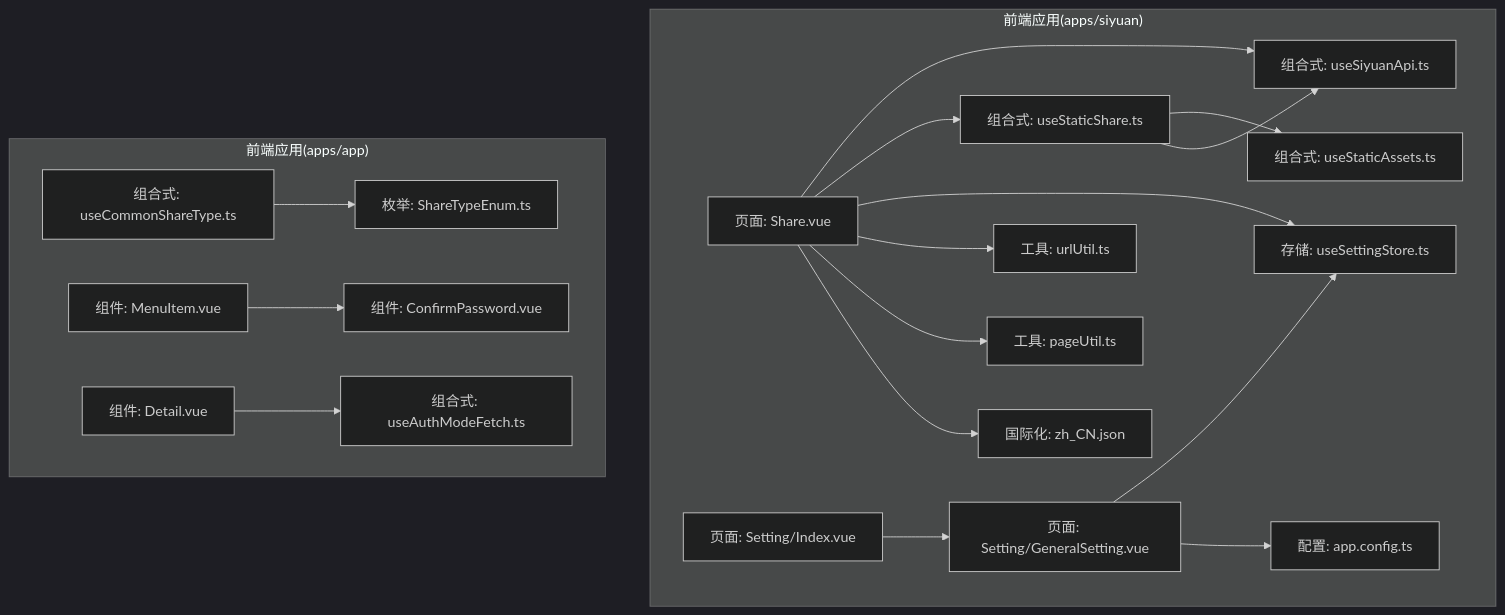
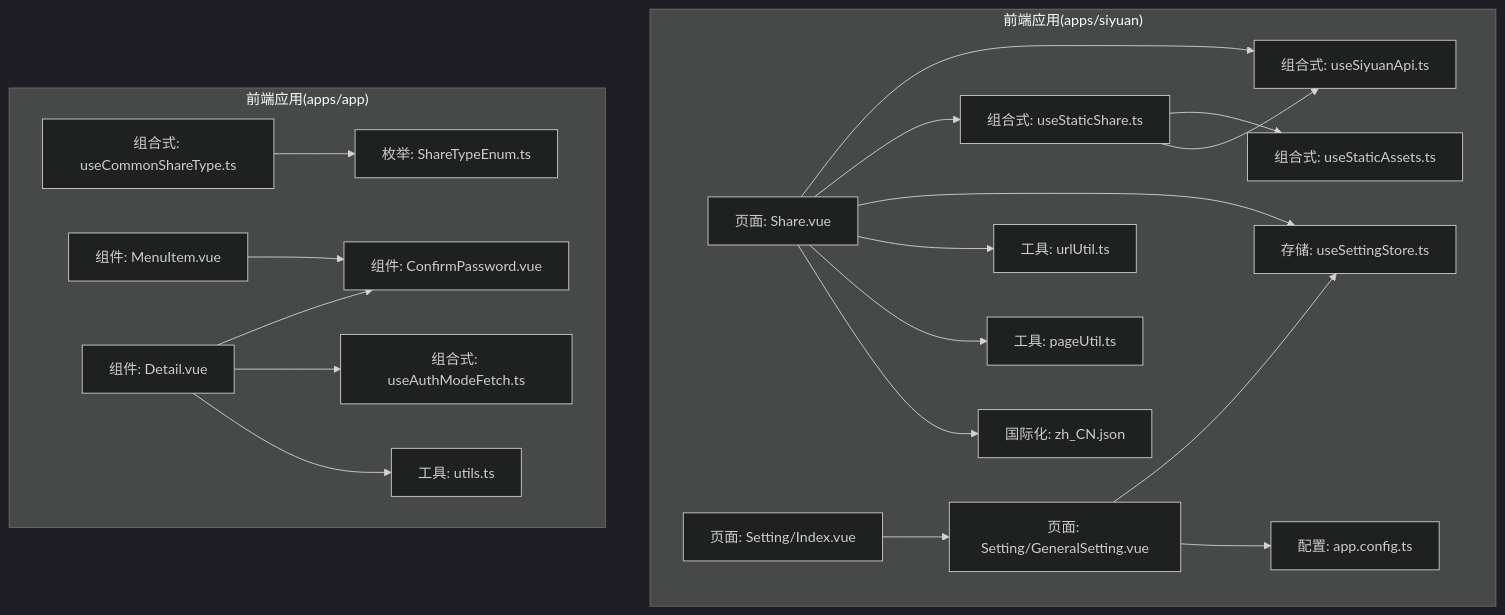
One commit to terwer/siyuan-plugin-blog changed the first of 8 diagrams in .qoder/repowiki/zh/content/核心功能/内容分享系统/内容分享系统.md. Above: the diagram before and after it, drawn with Mermaid (dark theme). The commit also changed other lines of this file and 31 other files, not shown here.

````diff
--- a/.qoder/repowiki/zh/content/核心功能/内容分享系统/内容分享系统.md
+++ b/.qoder/repowiki/zh/content/核心功能/内容分享系统/内容分享系统.md
@@ -51,38 +53,41 @@
 ```mermaid
 graph TB
 subgraph "前端应用(apps/siyuan)"
 SharePage["页面: Share.vue"]
 SettingsIndex["页面: Setting/Index.vue"]
 GeneralSetting["页面: Setting/GeneralSetting.vue"]
 UseSiyuanApi["组合式: useSiyuanApi.ts"]
 UseStaticShare["组合式: useStaticShare.ts"]
 UseStaticAssets["组合式: useStaticAssets.ts"]
 UrlUtil["工具: urlUtil.ts"]
 SettingStore["存储: useSettingStore.ts"]
 AppCfg["配置: app.config.ts"]
 PageUtil["工具: pageUtil.ts"]
 I18n["国际化: zh_CN.json"]
 end
 subgraph "前端应用(apps/app)"
 ShareTypeEnum["枚举: ShareTypeEnum.ts"]
 UseCommonShareType["组合式: useCommonShareType.ts"]
+ConfirmPassword["组件: ConfirmPassword.vue"]
 MenuItem["组件: MenuItem.vue"]
-ConfirmPassword["组件: ConfirmPassword.vue"]
 Detail["组件: Detail.vue"]
 UseAuthModeFetch["组合式: useAuthModeFetch.ts"]
+CheckExpires["工具: utils.ts"]
 end
 SharePage --> UseSiyuanApi
 SharePage --> UseStaticShare
 SharePage --> SettingStore
 SharePage --> UrlUtil
 SharePage --> PageUtil
 SharePage --> I18n
 UseStaticShare --> UseStaticAssets
 UseStaticShare --> UseSiyuanApi
 SettingsIndex --> GeneralSetting
 GeneralSetting --> SettingStore
 GeneralSetting --> AppCfg
 UseCommonShareType --> ShareTypeEnum
+Detail --> ConfirmPassword
+Detail --> UseAuthModeFetch
+Detail --> CheckExpires
 MenuItem --> ConfirmPassword
-Detail --> UseAuthModeFetch
 ```
````
